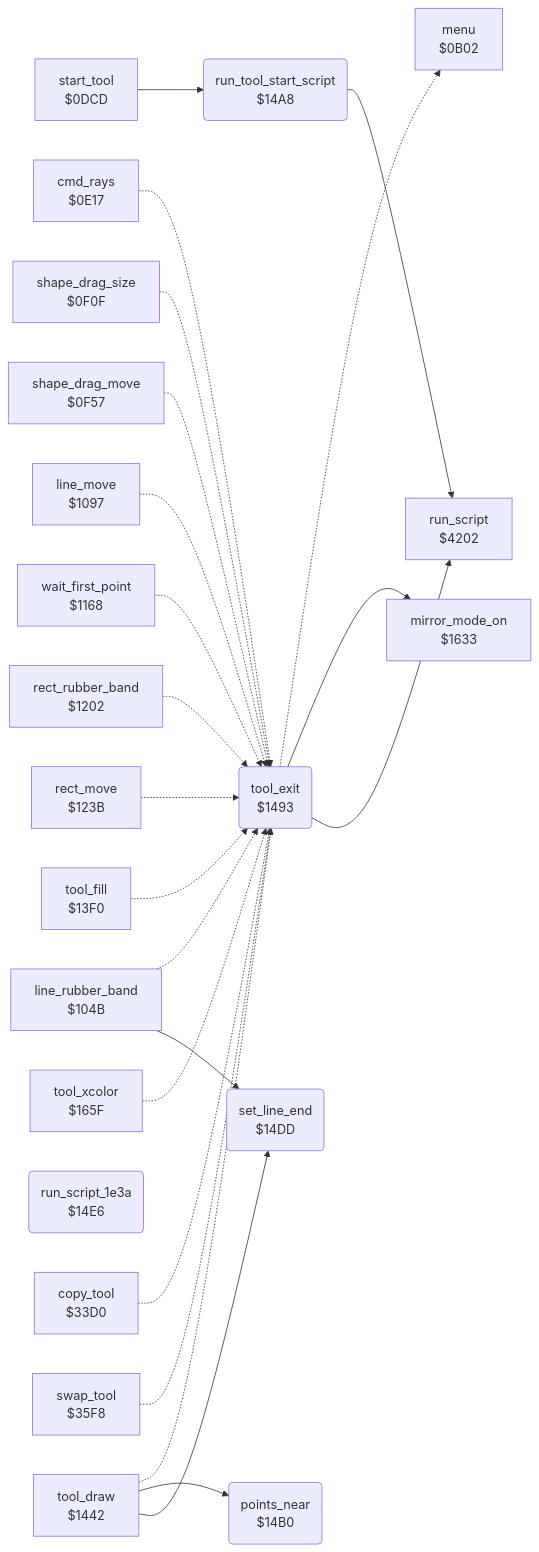
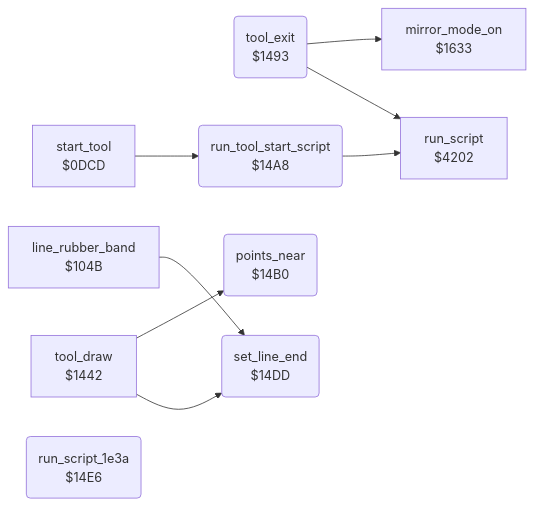
Before and after one commit to henols/c64_games: the diagram in koala_painter/v1/docs/reference/modules/tools/tool_exit.md, drawn with Mermaid. The commit also changed other lines of this file and 1100 other files, not shown here.

````diff
--- a/koala_painter/v1/docs/reference/modules/tools/tool_exit.md
+++ b/koala_painter/v1/docs/reference/modules/tools/tool_exit.md
@@ -10,46 +20,20 @@
 ```mermaid
 flowchart LR
-  n0b02["menu<br/>$0B02"]
   n0dcd["start_tool<br/>$0DCD"]
-  n0e17["cmd_rays<br/>$0E17"]
-  n0f0f["shape_drag_size<br/>$0F0F"]
-  n0f57["shape_drag_move<br/>$0F57"]
   n104b["line_rubber_band<br/>$104B"]
-  n1097["line_move<br/>$1097"]
-  n1168["wait_first_point<br/>$1168"]
-  n1202["rect_rubber_band<br/>$1202"]
-  n123b["rect_move<br/>$123B"]
-  n13f0["tool_fill<br/>$13F0"]
   n1442["tool_draw<br/>$1442"]
   n1493("tool_exit<br/>$1493")
   n14a8("run_tool_start_script<br/>$14A8")
   n14b0("points_near<br/>$14B0")
   n14dd("set_line_end<br/>$14DD")
   n14e6("run_script_1e3a<br/>$14E6")
   n1633["mirror_mode_on<br/>$1633"]
-  n165f["tool_xcolor<br/>$165F"]
-  n33d0["copy_tool<br/>$33D0"]
-  n35f8["swap_tool<br/>$35F8"]
   n4202["run_script<br/>$4202"]
   n0dcd --> n14a8
-  n0e17 -.-> n1493
-  n0f0f -.-> n1493
-  n0f57 -.-> n1493
-  n104b -.-> n1493
   n104b --> n14dd
-  n1097 -.-> n1493
-  n1168 -.-> n1493
-  n1202 -.-> n1493
-  n123b -.-> n1493
-  n13f0 -.-> n1493
-  n1442 -.-> n1493
   n1442 --> n14b0
   n1442 --> n14dd
-  n1493 -.-> n0b02
   n1493 --> n1633
   n1493 --> n4202
   n14a8 --> n4202
-  n165f -.-> n1493
-  n33d0 -.-> n1493
-  n35f8 -.-> n1493
 ```
````
